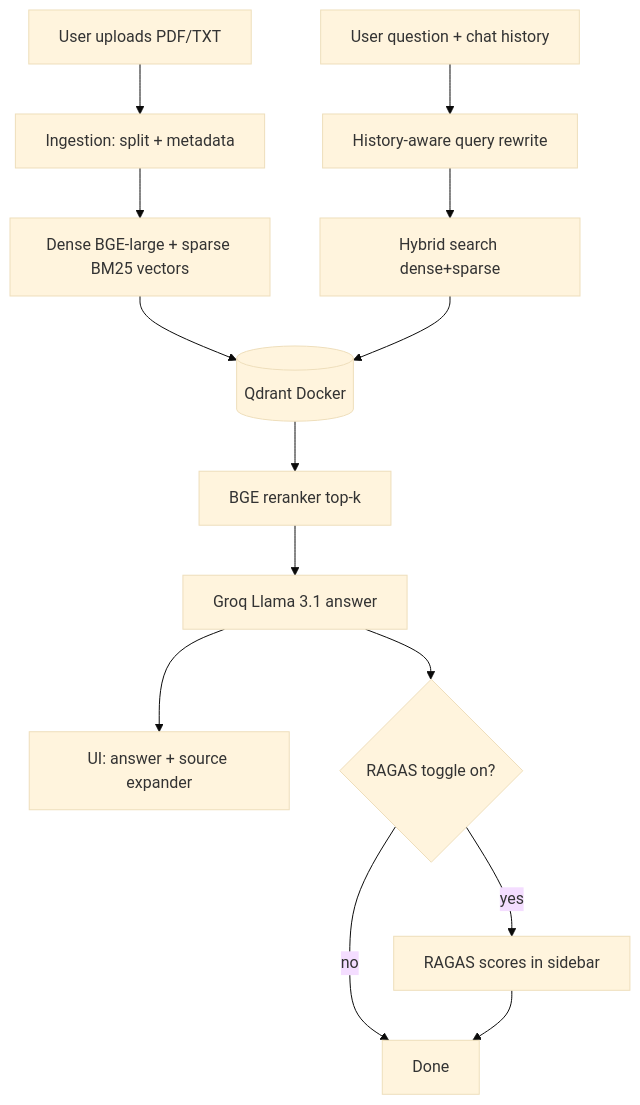
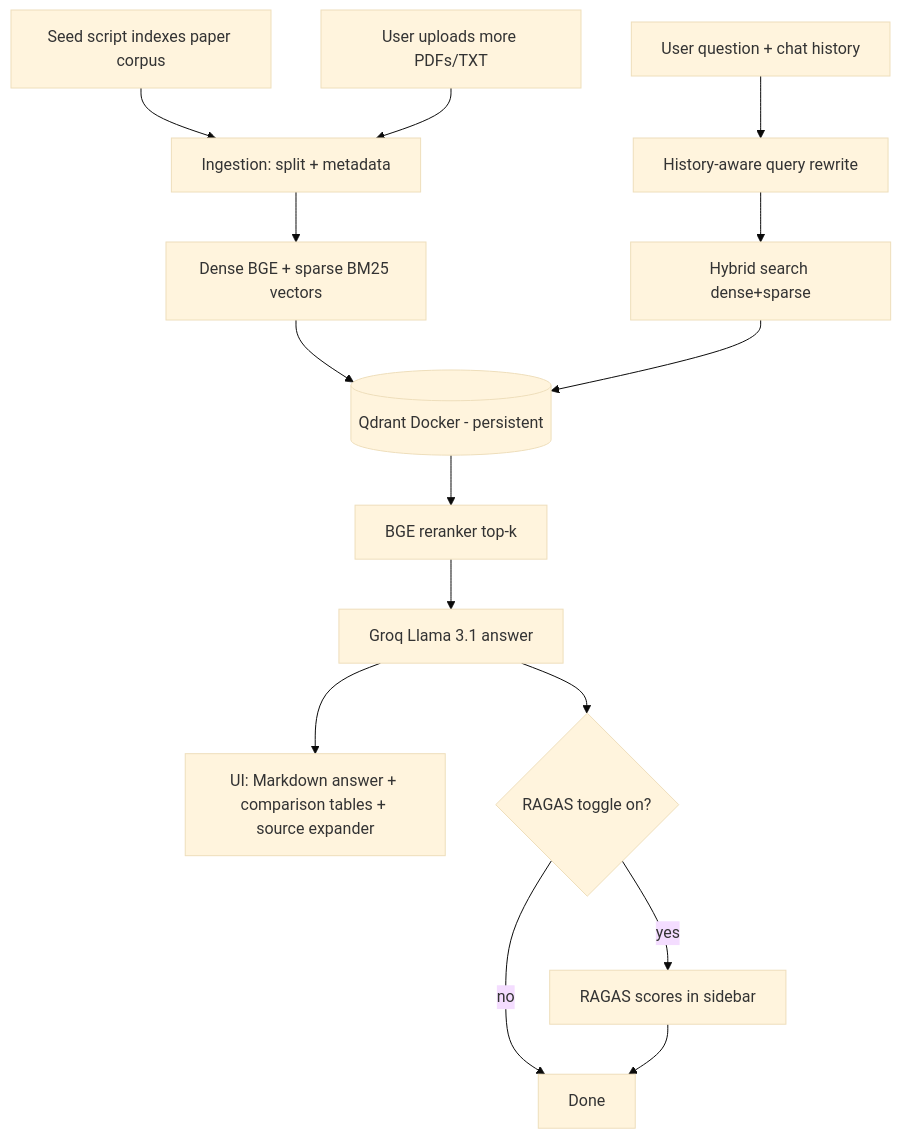
One commit to dakshzip/AI-Research-Paper-RAG-Agent changed the diagram in README.md. Above: the diagram before and after it, drawn with Mermaid (base theme). The commit also changed other lines of this file and 3 other files, not shown here.

````diff
--- a/README.md
+++ b/README.md
@@ -21,16 +24,17 @@
 ```mermaid
 flowchart TD
-    upload[User uploads PDF/TXT] --> ingest[Ingestion: split + metadata]
-    ingest --> embed[Dense BGE-large + sparse BM25 vectors]
-    embed --> qdrant[(Qdrant Docker)]
+    seed[Seed script indexes paper corpus] --> ingest[Ingestion: split + metadata]
+    upload[User uploads more PDFs/TXT] --> ingest
+    ingest --> embed[Dense BGE + sparse BM25 vectors]
+    embed --> qdrant[(Qdrant Docker - persistent)]
     question[User question + chat history] --> contextualize[History-aware query rewrite]
     contextualize --> hybrid[Hybrid search dense+sparse]
     hybrid --> qdrant
     qdrant --> rerank[BGE reranker top-k]
     rerank --> llm[Groq Llama 3.1 answer]
-    llm --> citations[UI: answer + source expander]
+    llm --> citations[UI: Markdown answer + comparison tables + source expander]
     llm --> ragasOpt{RAGAS toggle on?}
     ragasOpt -->|yes| ragas[RAGAS scores in sidebar]
     ragasOpt -->|no| done[Done]
     ragas --> done
 ```
````
